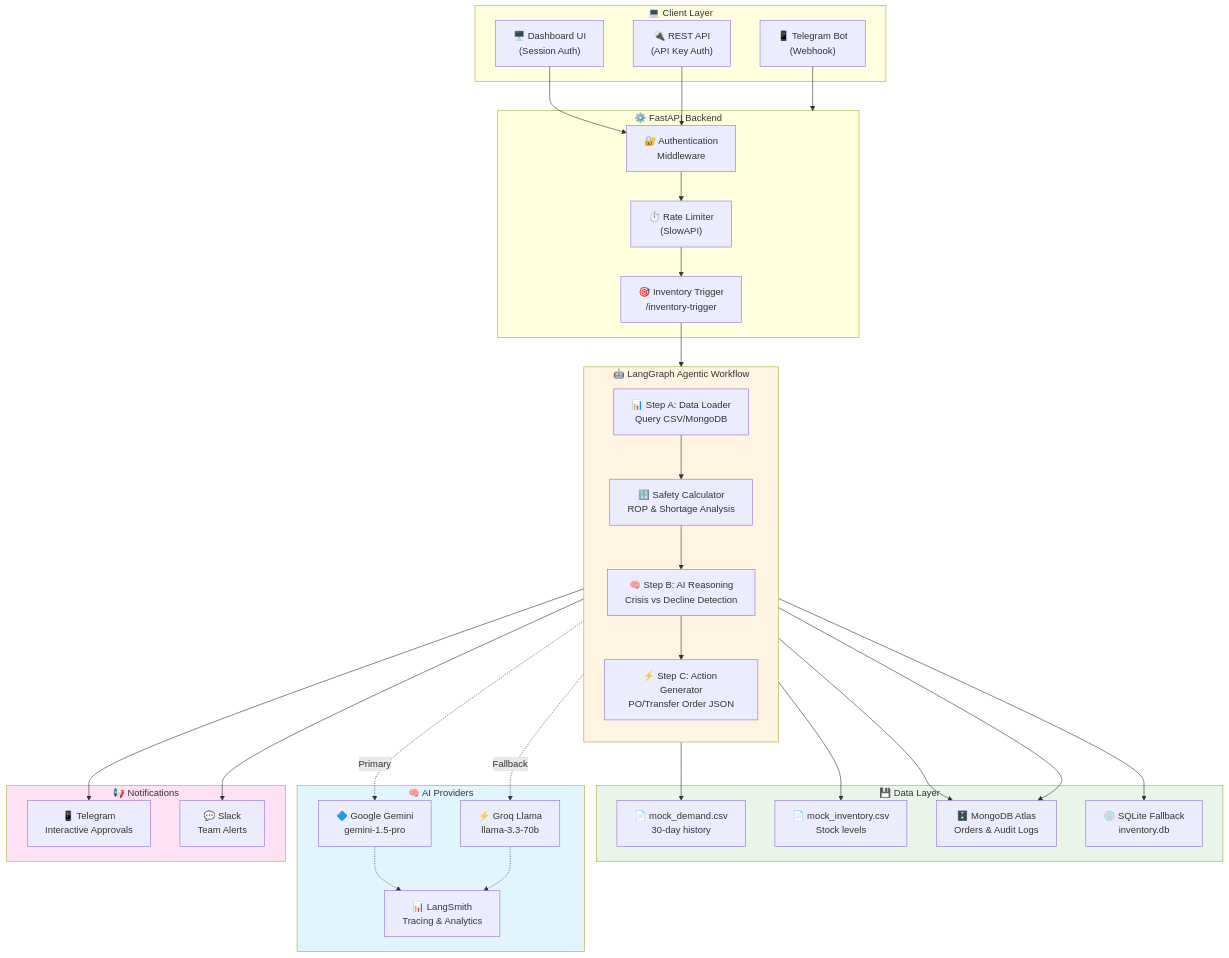
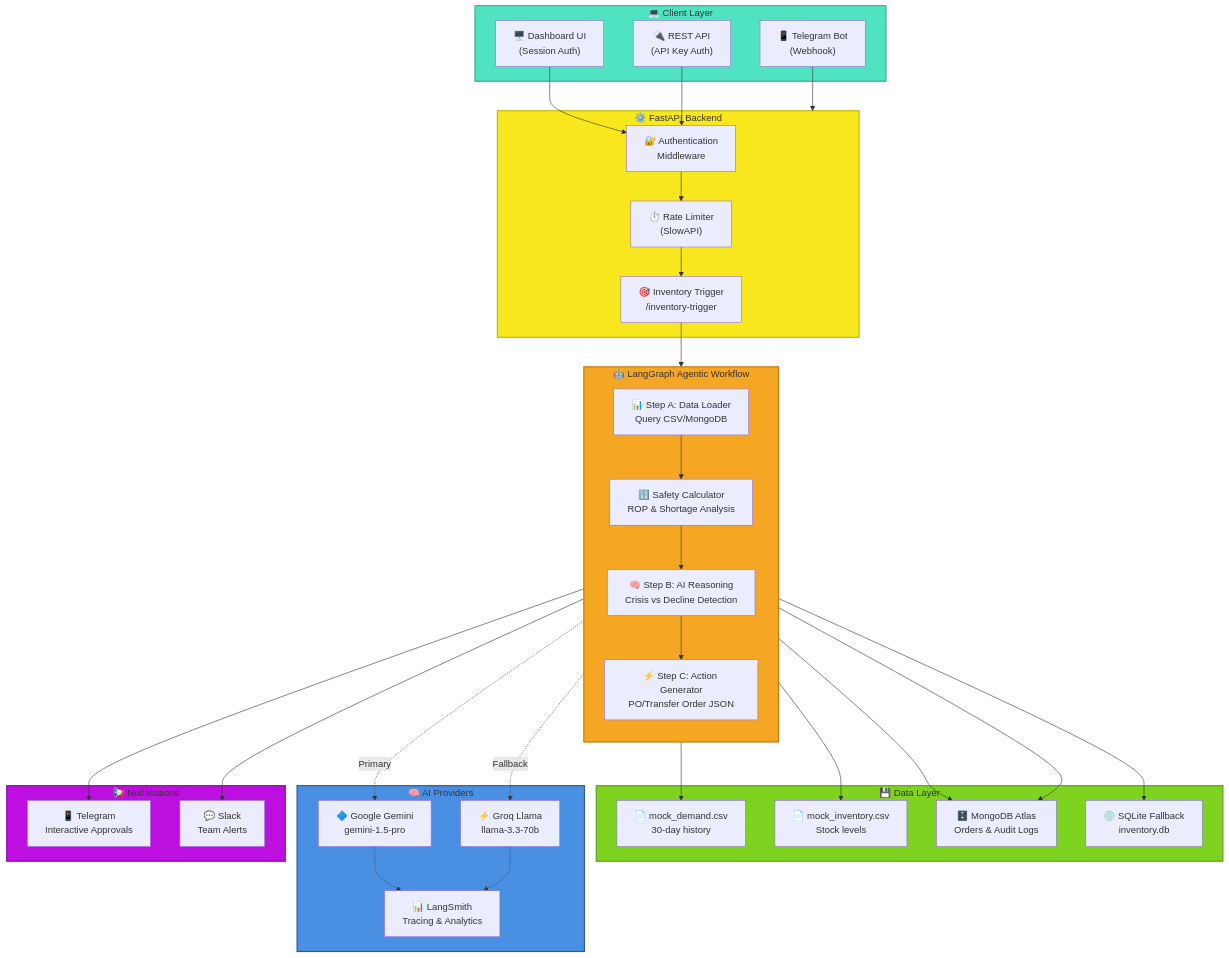
One commit to HemantSudarshan/Agentic-Inventory-Restocking-Servic changed the second of 3 diagrams in README.md. Above: the diagram before and after it, drawn with Mermaid. The commit also changed other lines of this file, not shown here.

````diff
--- a/README.md
+++ b/README.md
@@ -103,70 +103,72 @@
 ```mermaid
 flowchart TB
     subgraph Client["💻 Client Layer"]
         Dashboard["🖥️ Dashboard UI<br/>(Session Auth)"]
         API["🔌 REST API<br/>(API Key Auth)"]
         Telegram["📱 Telegram Bot<br/>(Webhook)"]
     end
 
     subgraph Backend["⚙️ FastAPI Backend"]
         Auth["🔐 Authentication<br/>Middleware"]
         RateLimit["⏱️ Rate Limiter<br/>(SlowAPI)"]
         Trigger["🎯 Inventory Trigger<br/>/inventory-trigger"]
     end
 
     subgraph Workflow["🤖 LangGraph Agentic Workflow"]
         direction TB
         DataNode["📊 Step A: Data Loader<br/>Query CSV/MongoDB"]
         SafetyNode["🔢 Safety Calculator<br/>ROP & Shortage Analysis"]
         ReasonNode["🧠 Step B: AI Reasoning<br/>Crisis vs Decline Detection"]
         ActionNode["⚡ Step C: Action Generator<br/>PO/Transfer Order JSON"]
         
         DataNode --> SafetyNode
         SafetyNode --> ReasonNode
         ReasonNode --> ActionNode
     end
 
     subgraph Data["💾 Data Layer"]
         DemandCSV["📄 mock_demand.csv<br/>30-day history"]
         InventoryCSV["📄 mock_inventory.csv<br/>Stock levels"]
         MongoDB["🗄️ MongoDB Atlas<br/>Orders & Audit Logs"]
         SQLite["💿 SQLite Fallback<br/>inventory.db"]
     end
 
     subgraph AI["🧠 AI Providers"]
         Gemini["🔷 Google Gemini<br/>gemini-1.5-pro"]
         Groq["⚡ Groq Llama<br/>llama-3.3-70b"]
         LangSmith["📊 LangSmith<br/>Tracing & Analytics"]
     end
 
     subgraph Notify["📢 Notifications"]
         TelegramBot["📱 Telegram<br/>Interactive Approvals"]
         SlackHook["💬 Slack<br/>Team Alerts"]
     end
 
     Dashboard --> Auth
     API --> Auth
     Telegram --> Backend
     Auth --> RateLimit
     RateLimit --> Trigger
     
     Trigger --> DataNode
     DataNode --> DemandCSV
     DataNode --> InventoryCSV
     DataNode --> MongoDB
     DataNode --> SQLite
     
     ReasonNode -.->|Primary| Gemini
     ReasonNode -.->|Fallback| Groq
     Gemini -.-> LangSmith
     Groq -.-> LangSmith
     
     ActionNode --> TelegramBot
     ActionNode --> SlackHook
     ActionNode --> MongoDB
     
-    style Workflow fill:#fff4e1
-    style AI fill:#e1f5ff
-    style Data fill:#e8f5e8
-    style Notify fill:#ffe1f5
+    style Workflow fill:#F5A623,stroke:#C17D11,stroke-width:2px
+    style AI fill:#4A90E2,stroke:#2E5C8A,stroke-width:2px
+    style Data fill:#7ED321,stroke:#5FA119,stroke-width:2px
+    style Notify fill:#BD10E0,stroke:#8B0AA8,stroke-width:2px
+    style Client fill:#50E3C2,stroke:#3AAA94,stroke-width:2px
+    style Backend fill:#F8E71C,stroke:#C4B616,stroke-width:2px
 ```
````
